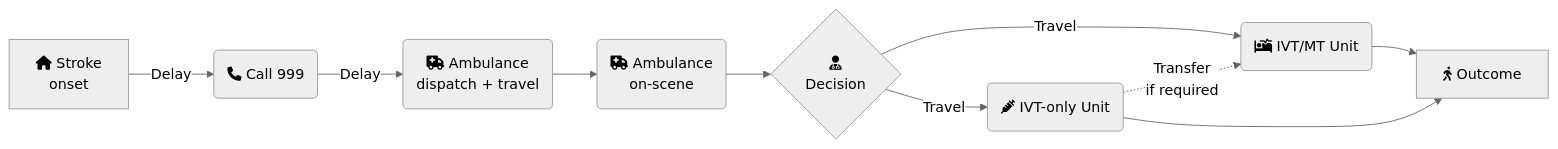
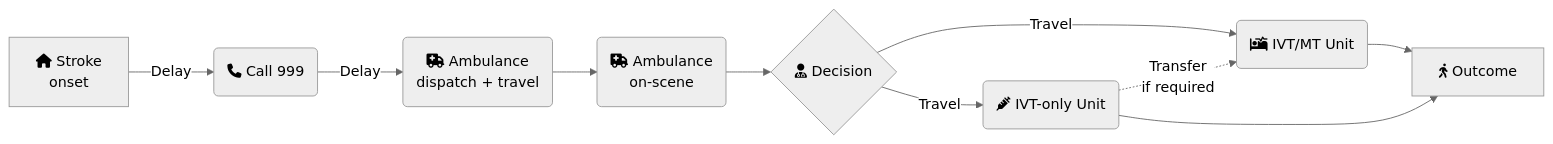
One commit to stroke-modelling/simpy-pathway-model changed the diagram in README.md. Above: the diagram before and after it, drawn with Mermaid (neutral theme).

Commit message:
Add mermaid chart

````diff
--- a/README.md
+++ b/README.md
@@ -4,12 +4,12 @@
 ```mermaid
 flowchart LR
     A[fa:fa-home Stroke\nonset] --> |Delay| B(fa:fa-phone Call 999)
     B --> |Delay| C(fa:fa-ambulance Ambulance\ndispatch + travel)
     C --> D(fa:fa-ambulance Ambulance\non-scene)
-    D --> E{fa:fa-user-md\nDecision}
+    D --> E{fa:fa-user-md Decision}
     E --> |Travel| F(fa:fa-syringe IVT-only Unit)
     E --> |Travel| G(fa:fa-procedures IVT/MT Unit)
     F .-> |Transfer\nif required| G
     G --> H[fa:fa-walking Outcome]
     F --> H
 ```
````
